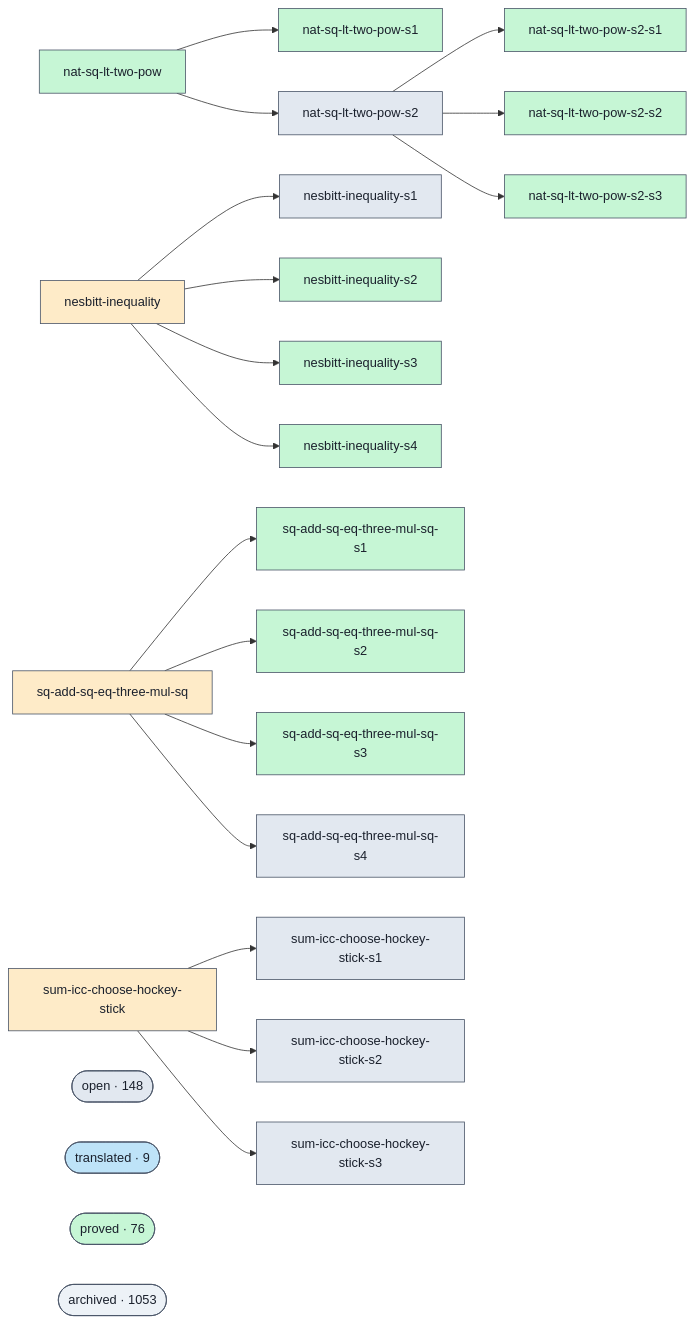
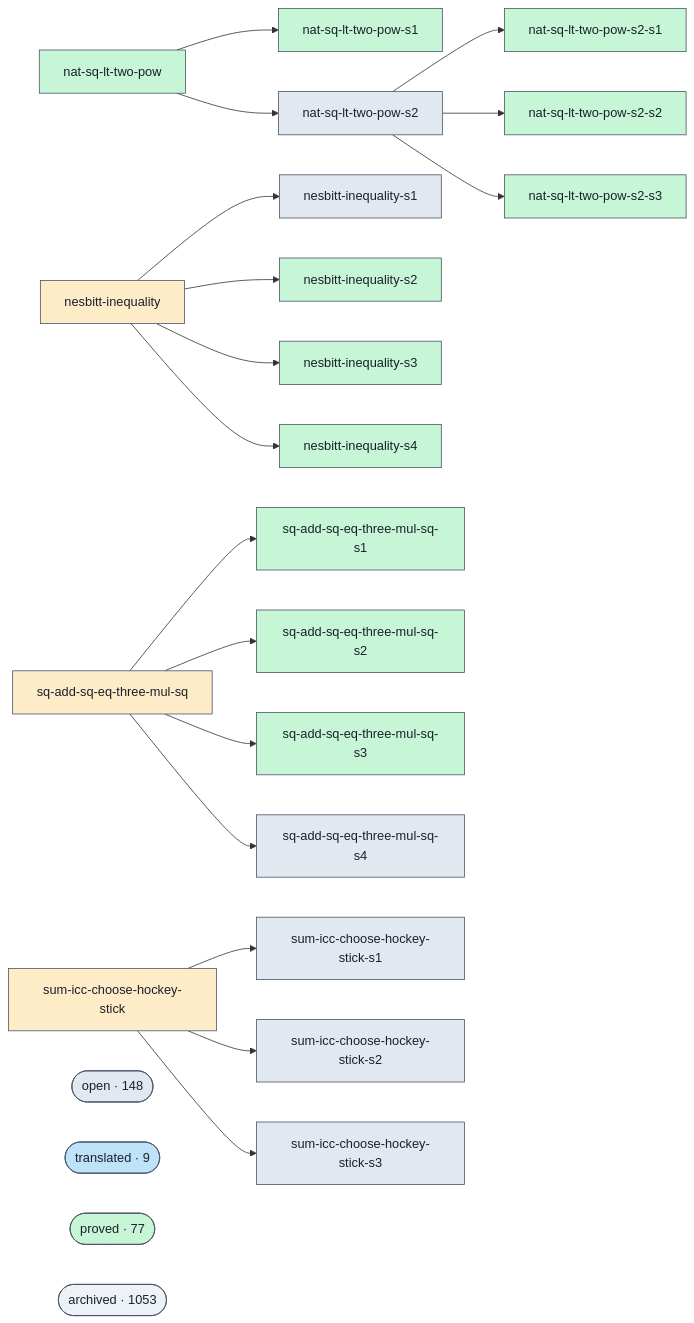
The diagram in docs/proofs-contributors-visualisation.md (ohdearquant/unsorry), drawn with Mermaid before and after one commit. The commit also changed other lines of this file and 2 other files, not shown here.

```diff
--- a/docs/proofs-contributors-visualisation.md
+++ b/docs/proofs-contributors-visualisation.md
@@ -102,7 +102,7 @@
   class cluster_open open;
   cluster_translated(["translated · 9"])
   class cluster_translated translated;
-  cluster_proved(["proved · 76"])
+  cluster_proved(["proved · 77"])
   class cluster_proved proved;
   cluster_archived(["archived · 1053"])
   class cluster_archived unknown;
```
